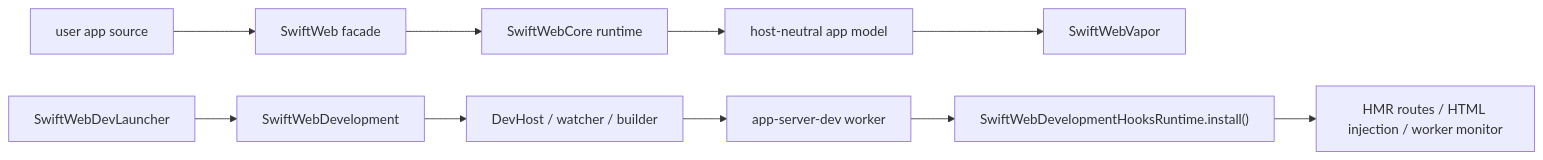
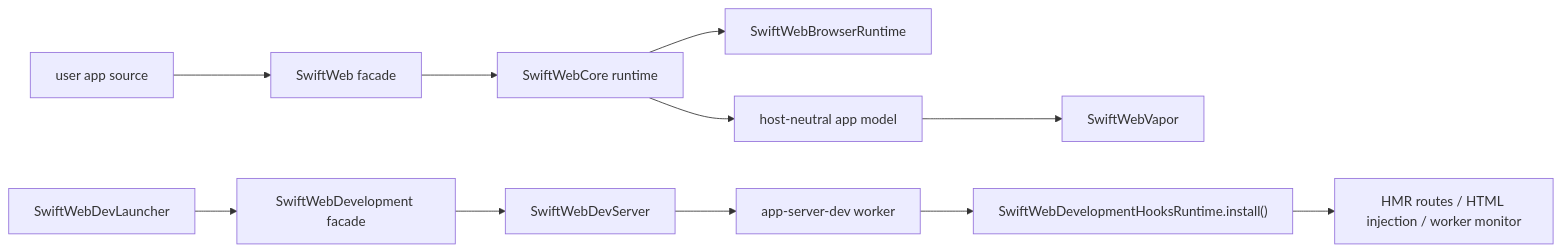
The fourth of 10 diagrams in Sources/SwiftWeb/README.md (1amageek/swift-web), drawn with Mermaid before and after one commit. The commit also changed other lines of this file and 354 other files, not shown here.

````diff
--- a/Sources/SwiftWeb/README.md
+++ b/Sources/SwiftWeb/README.md
@@ -230,12 +228,13 @@
 ```mermaid
 flowchart LR
   A["user app source"] --> B["SwiftWeb facade"]
   B --> C["SwiftWebCore runtime"]
-  C --> D["host-neutral app model"]
-  D --> E["SwiftWebVapor"]
-  F["SwiftWebDevLauncher"] --> G["SwiftWebDevelopment"]
-  G --> H["DevHost / watcher / builder"]
-  H --> I["app-server-dev worker"]
-  I --> J["SwiftWebDevelopmentHooksRuntime.install()"]
-  J --> K["HMR routes / HTML injection / worker monitor"]
+  C --> D["SwiftWebBrowserRuntime"]
+  C --> E["host-neutral app model"]
+  E --> F["SwiftWebVapor"]
+  G["SwiftWebDevLauncher"] --> H["SwiftWebDevelopment facade"]
+  H --> I["SwiftWebDevServer"]
+  I --> J["app-server-dev worker"]
+  J --> K["SwiftWebDevelopmentHooksRuntime.install()"]
+  K --> L["HMR routes / HTML injection / worker monitor"]
 ```
````
